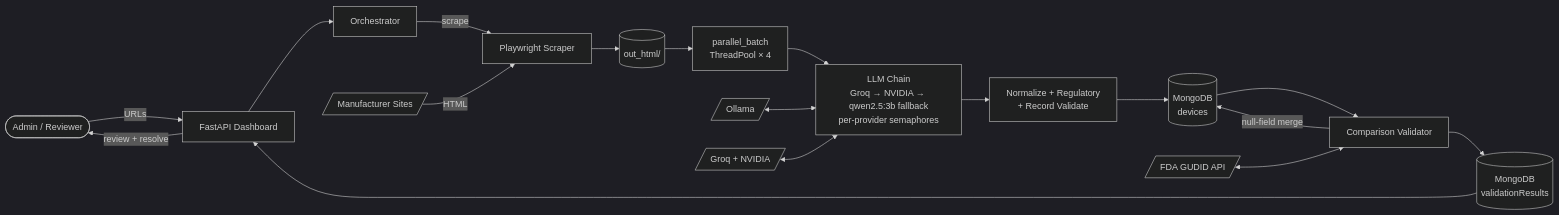
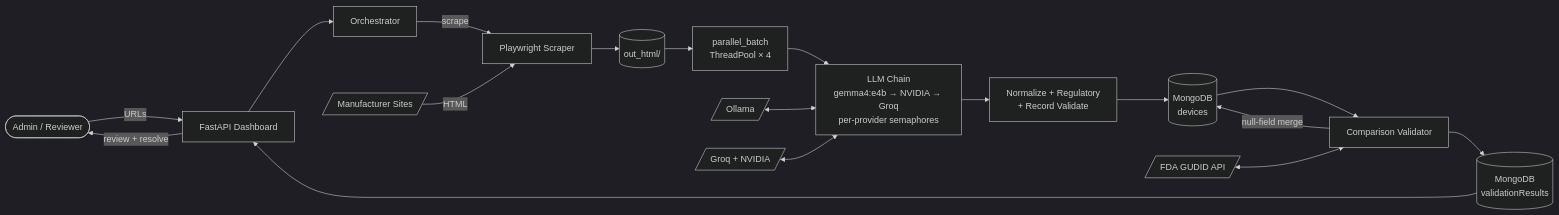
The diagram in README.md (JasonSonith/Fivos_Senior_Project), drawn with Mermaid (dark theme) before and after one commit. The commit also changed other lines of this file and 2 other files, not shown here.

Commit message:
docs(llm-chain): update chain references to gemma4:e4b primary, 5-model

````diff
--- a/README.md
+++ b/README.md
@@ -25,24 +25,24 @@
 ```mermaid
 flowchart LR
     USER([Admin / Reviewer]) -->|URLs| WEB[FastAPI Dashboard]
     WEB --> ORCH[Orchestrator]
 
     ORCH -->|scrape| PW[Playwright Scraper]
     MFG[/Manufacturer Sites/] -->|HTML| PW
     PW --> HTML[(out_html/)]
 
     HTML --> PARALLEL[parallel_batch<br/>ThreadPool × 4]
-    PARALLEL --> LLM[LLM Chain<br/>Groq → NVIDIA → qwen2.5:3b fallback<br/>per-provider semaphores]
+    PARALLEL --> LLM[LLM Chain<br/>gemma4:e4b → NVIDIA → Groq<br/>per-provider semaphores]
     OLLAMA[/Ollama/] <--> LLM
     CLOUD[/Groq + NVIDIA/] <--> LLM
     LLM --> NORM[Normalize + Regulatory<br/>+ Record Validate]
     NORM --> DEVICES[(MongoDB<br/>devices)]
 
     DEVICES --> COMP[Comparison Validator]
     GUDID[/FDA GUDID API/] <--> COMP
     COMP --> VR[(MongoDB<br/>validationResults)]
     COMP -->|null-field merge| DEVICES
 
     VR --> WEB
     WEB -->|review + resolve| USER
 ```
````
